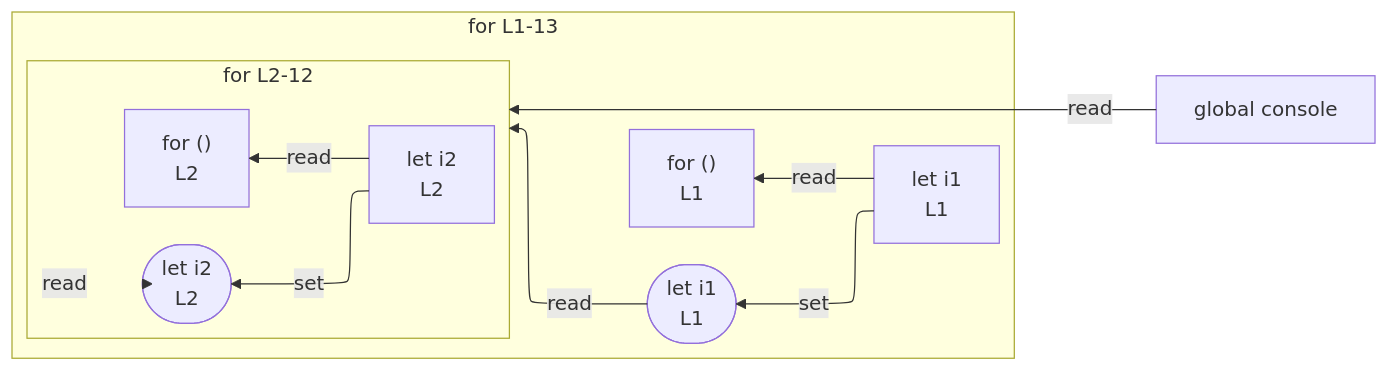
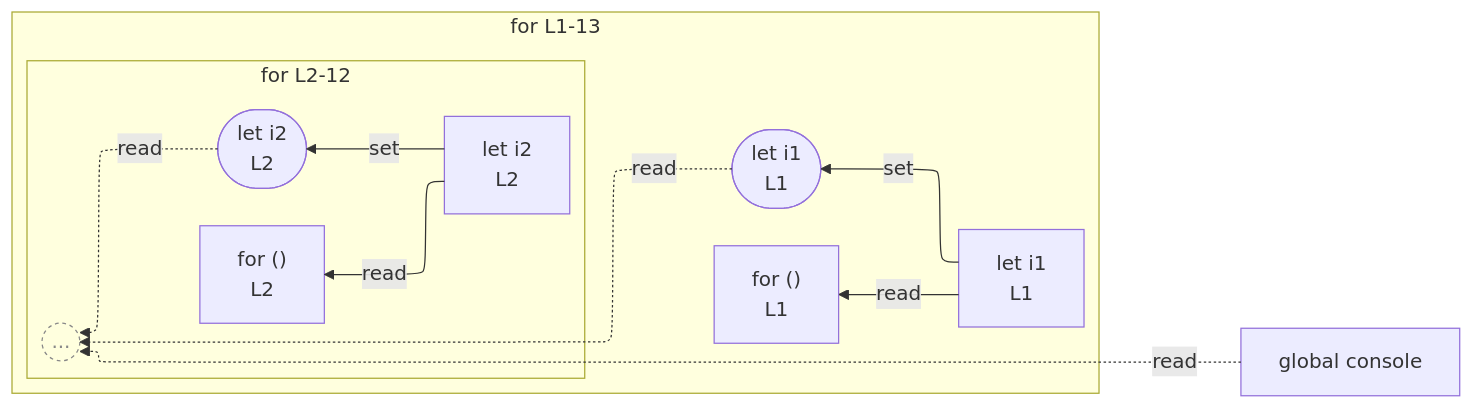
One commit to crescware/unsnarl changed the diagram in integration/fixtures/app-behavior/depth/for/depth-1/preview.md. Above: the diagram before and after it, drawn with Mermaid. The commit also changed 72 other files, not shown here.

First line of the commit message:
Render anonymous collapsed scopes as a BeyondDepth `((...))` stub

````diff
--- a/integration/fixtures/app-behavior/depth/for/depth-1/preview.md
+++ b/integration/fixtures/app-behavior/depth/for/depth-1/preview.md
@@ -23,24 +23,27 @@
 ```mermaid
 %%{init: {"flowchart": {"defaultRenderer": "elk"}}}%%
 flowchart RL
   n_scope_0_console_240["global console"]
   subgraph s_scope_1["for L1-13"]
     direction RL
     for_test_scope_0_0["for ()<br/>L1"]
     n_scope_1_i1_9["let i1<br/>L1"]
     wr_ref_2(["let i1<br/>L1"])
     subgraph s_scope_3["for L2-12"]
       direction RL
       for_test_scope_2_35["for ()<br/>L2"]
       n_scope_3_i2_44["let i2<br/>L2"]
       wr_ref_5(["let i2<br/>L2"])
+      beyond_depth_s_scope_3((...))
     end
   end
   n_scope_1_i1_9 -->|set| wr_ref_2
   n_scope_3_i2_44 -->|set| wr_ref_5
   n_scope_1_i1_9 -->|read| for_test_scope_0_0
   n_scope_3_i2_44 -->|read| for_test_scope_2_35
-  n_scope_0_console_240 -->|read| s_scope_3
-  wr_ref_2 -->|read| s_scope_3
-  wr_ref_5 -->|read| s_scope_3
+  n_scope_0_console_240 -.->|read| beyond_depth_s_scope_3
+  wr_ref_2 -.->|read| beyond_depth_s_scope_3
+  wr_ref_5 -.->|read| beyond_depth_s_scope_3
+  classDef boundaryStub fill:transparent,stroke:#888,stroke-dasharray:3 3,color:#888;
+  class beyond_depth_s_scope_3 boundaryStub;
 ```
````
